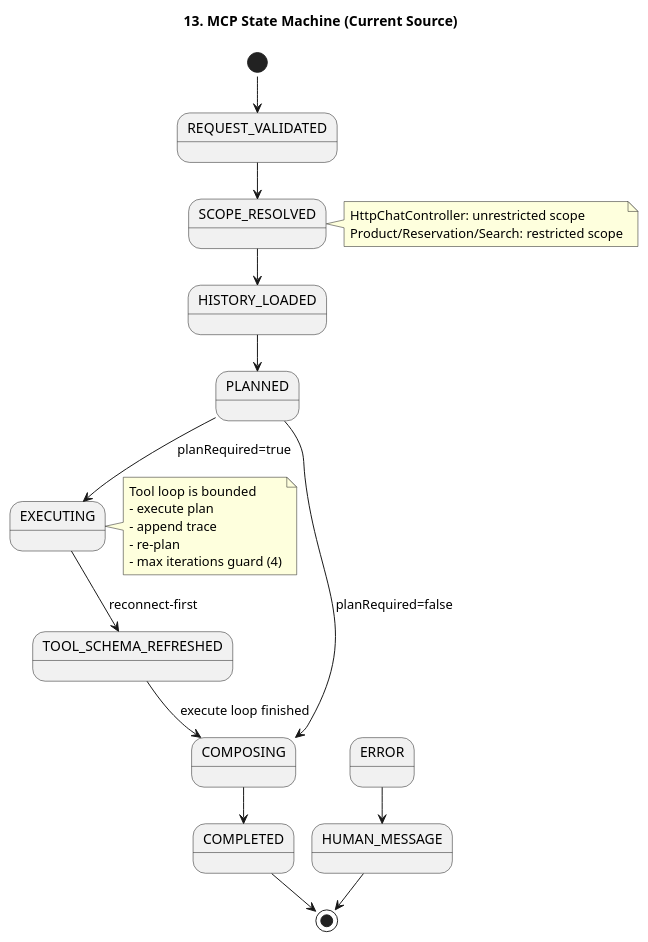
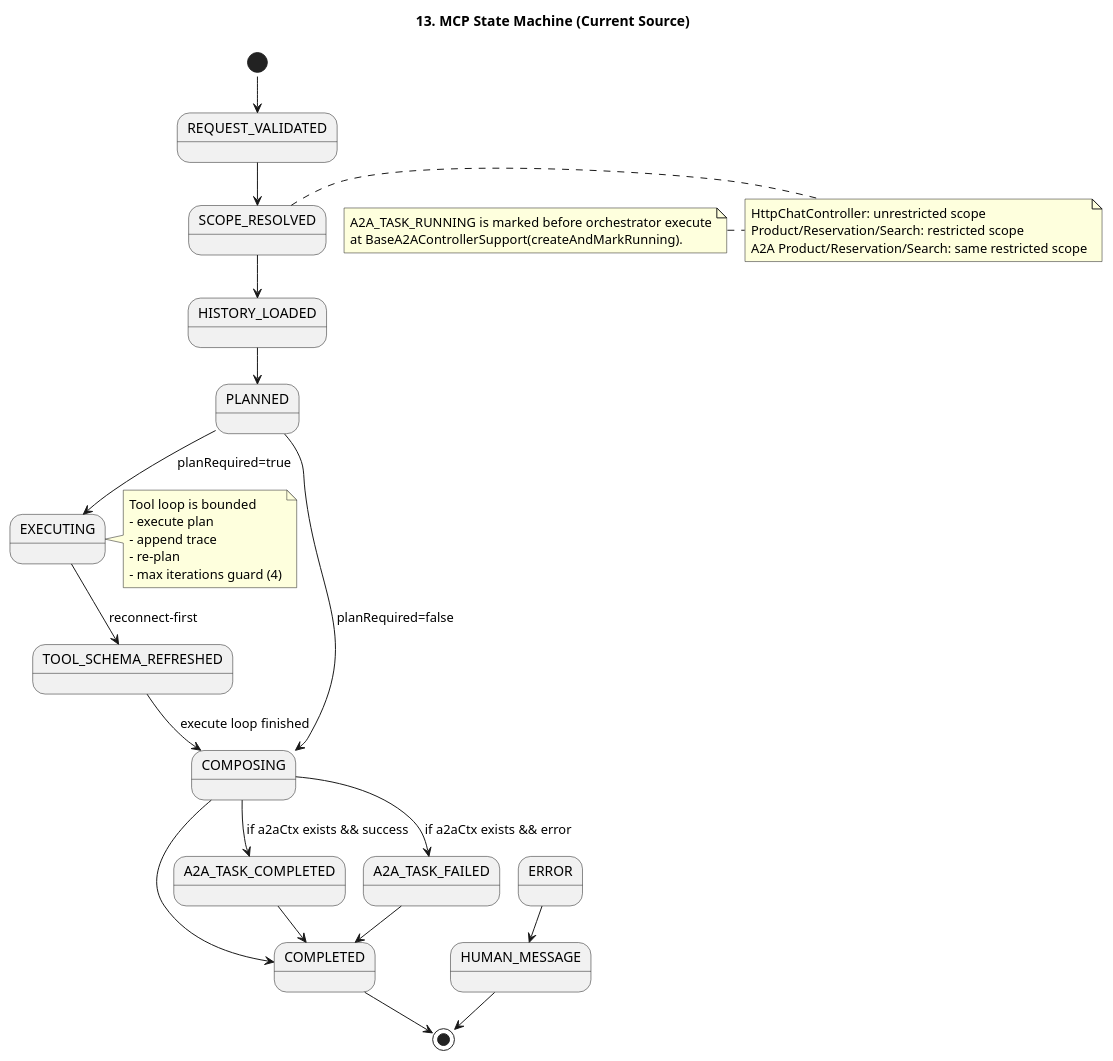
One commit to kim57uak/spring-ai changed the diagram in documents/mcp-orchestrator-architecture/13-mcp-state-machine.puml. Above: the diagram before and after it, drawn with PlantUML. The commit also changed 123 other files, not shown here.

```diff
--- a/documents/mcp-orchestrator-architecture/13-mcp-state-machine.puml
+++ b/documents/mcp-orchestrator-architecture/13-mcp-state-machine.puml
@@ -1,37 +1,47 @@
 @startuml
 !pragma layout smetana
 title 13. MCP State Machine (Current Source)
 
 skinparam shadowing false
 
 [*] --> REQUEST_VALIDATED
 REQUEST_VALIDATED --> SCOPE_RESOLVED
 SCOPE_RESOLVED --> HISTORY_LOADED
 HISTORY_LOADED --> PLANNED
 
 PLANNED --> EXECUTING : planRequired=true
 PLANNED --> COMPOSING : planRequired=false
 
 EXECUTING --> TOOL_SCHEMA_REFRESHED : reconnect-first
 TOOL_SCHEMA_REFRESHED --> COMPOSING : execute loop finished
 
 COMPOSING --> COMPLETED
+COMPOSING --> A2A_TASK_COMPLETED : if a2aCtx exists && success
+COMPOSING --> A2A_TASK_FAILED : if a2aCtx exists && error
+A2A_TASK_COMPLETED --> COMPLETED
+A2A_TASK_FAILED --> COMPLETED
 
 COMPLETED --> [*]
 HUMAN_MESSAGE --> [*]
 ERROR --> HUMAN_MESSAGE
 
 note right of EXECUTING
 Tool loop is bounded
 - execute plan
 - append trace
 - re-plan
 - max iterations guard (4)
 end note
 
 note right of SCOPE_RESOLVED
 HttpChatController: unrestricted scope
 Product/Reservation/Search: restricted scope
+A2A Product/Reservation/Search: same restricted scope
+end note
+
+note left
+A2A_TASK_RUNNING is marked before orchestrator execute
+at BaseA2AControllerSupport(createAndMarkRunning).
 end note
 
 @enduml
```
